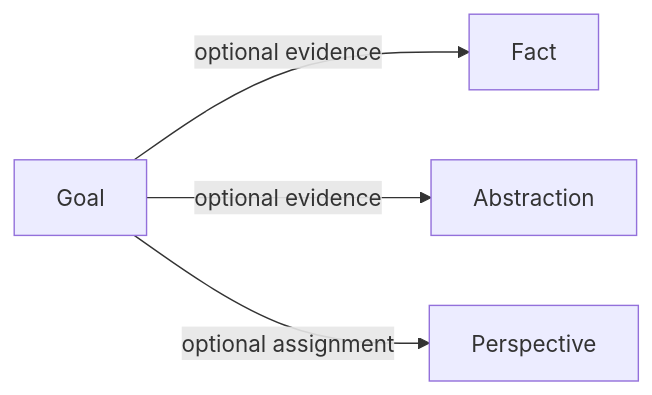
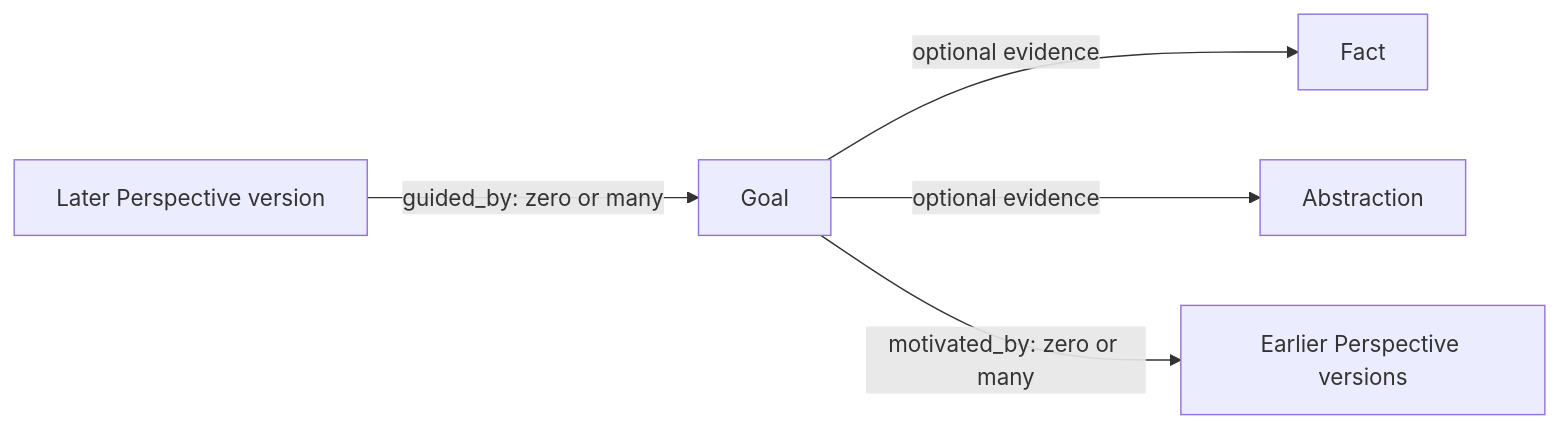
Before and after one commit to Aquilo-Solution-S/Proxima: the sixth of 8 diagrams in docs/concepts.md, drawn with Mermaid. The commit also changed other lines of this file and 194 other files, not shown here.

````diff
--- a/docs/concepts.md
+++ b/docs/concepts.md
@@ -388,6 +430,7 @@
 ```mermaid
 flowchart LR
     G[Goal] -->|optional evidence| F[Fact]
     G -->|optional evidence| A[Abstraction]
-    G -->|optional assignment| P[Perspective]
+    G -->|motivated_by: zero or many| P1["Earlier Perspective versions"]
+    P2["Later Perspective version"] -->|guided_by: zero or many| G
 ```
````
